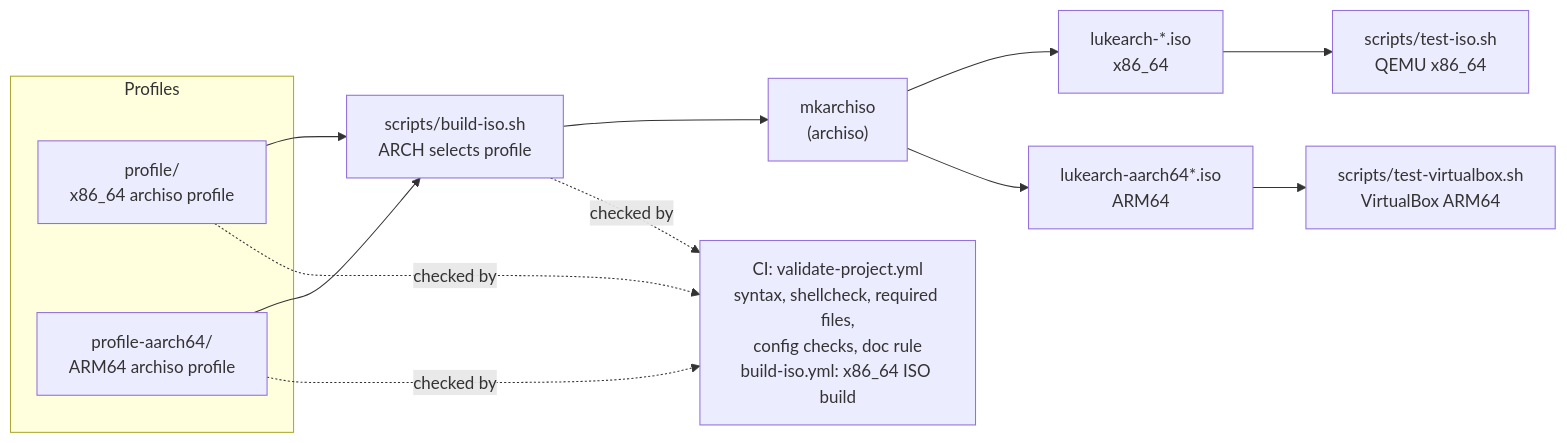
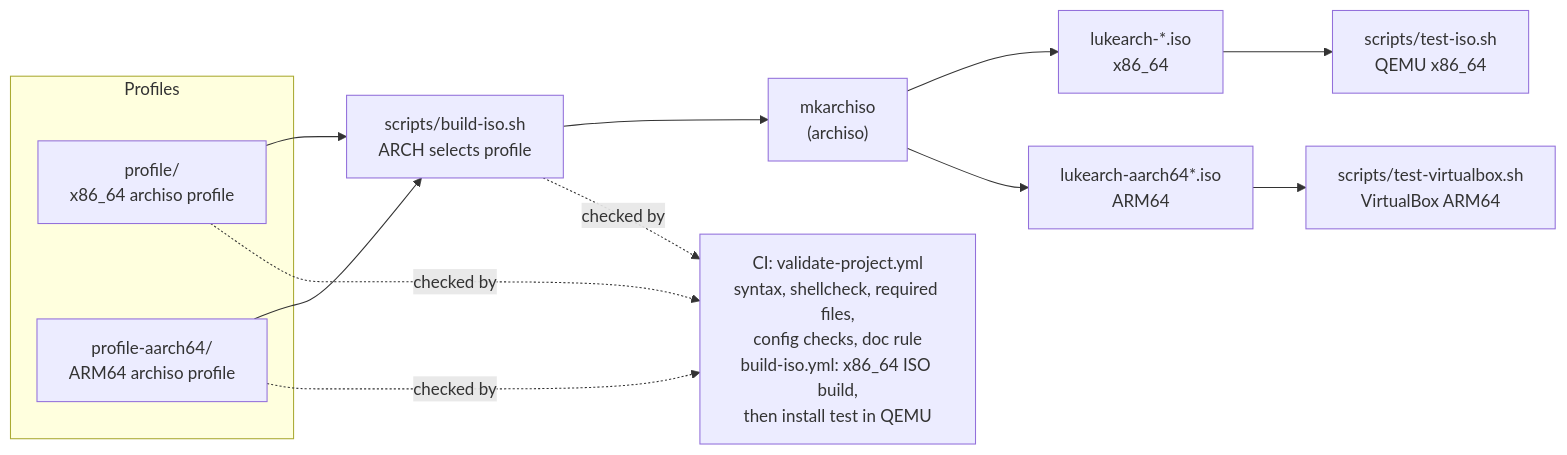
One commit to lukecarnold-jpg/lukearch changed the first of 3 diagrams in STRUCTURE.md. Above: the diagram before and after it, drawn with Mermaid. The commit also changed other lines of this file and 13 other files, not shown here.

First line of the commit message:
Fix live-ISO installer blockers and add an install test

````diff
--- a/STRUCTURE.md
+++ b/STRUCTURE.md
@@ -21,29 +21,29 @@
 ```mermaid
 flowchart LR
     subgraph Profiles
         P64["profile/<br/>x86_64 archiso profile"]
         PA["profile-aarch64/<br/>ARM64 archiso profile"]
     end
 
     BUILD["scripts/build-iso.sh<br/>ARCH selects profile"]
     MKA["mkarchiso<br/>(archiso)"]
     ISO64["lukearch-*.iso<br/>x86_64"]
     ISOA["lukearch-aarch64*.iso<br/>ARM64"]
 
     QEMU["scripts/test-iso.sh<br/>QEMU x86_64"]
     VBOX["scripts/test-virtualbox.sh<br/>VirtualBox ARM64"]
 
-    CI["CI: validate-project.yml<br/>syntax, shellcheck, required files,<br/>config checks, doc rule<br/>build-iso.yml: x86_64 ISO build"]
+    CI["CI: validate-project.yml<br/>syntax, shellcheck, required files,<br/>config checks, doc rule<br/>build-iso.yml: x86_64 ISO build,<br/>then install test in QEMU"]
 
     P64 --> BUILD
     PA --> BUILD
     BUILD --> MKA
     MKA --> ISO64
     MKA --> ISOA
     ISO64 --> QEMU
     ISOA --> VBOX
 
     P64 -. checked by .-> CI
     PA -. checked by .-> CI
     BUILD -. checked by .-> CI
 ```
````
